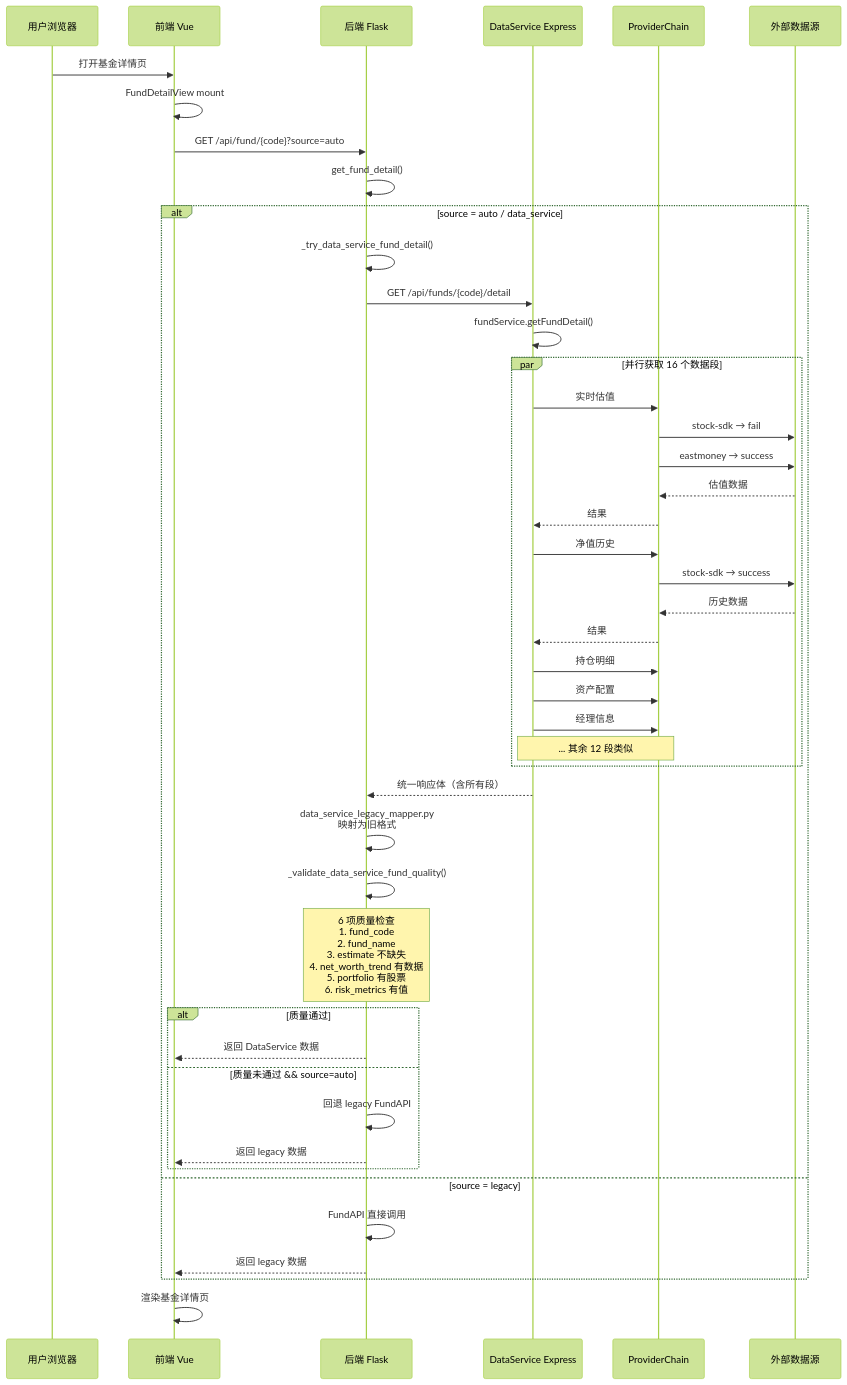
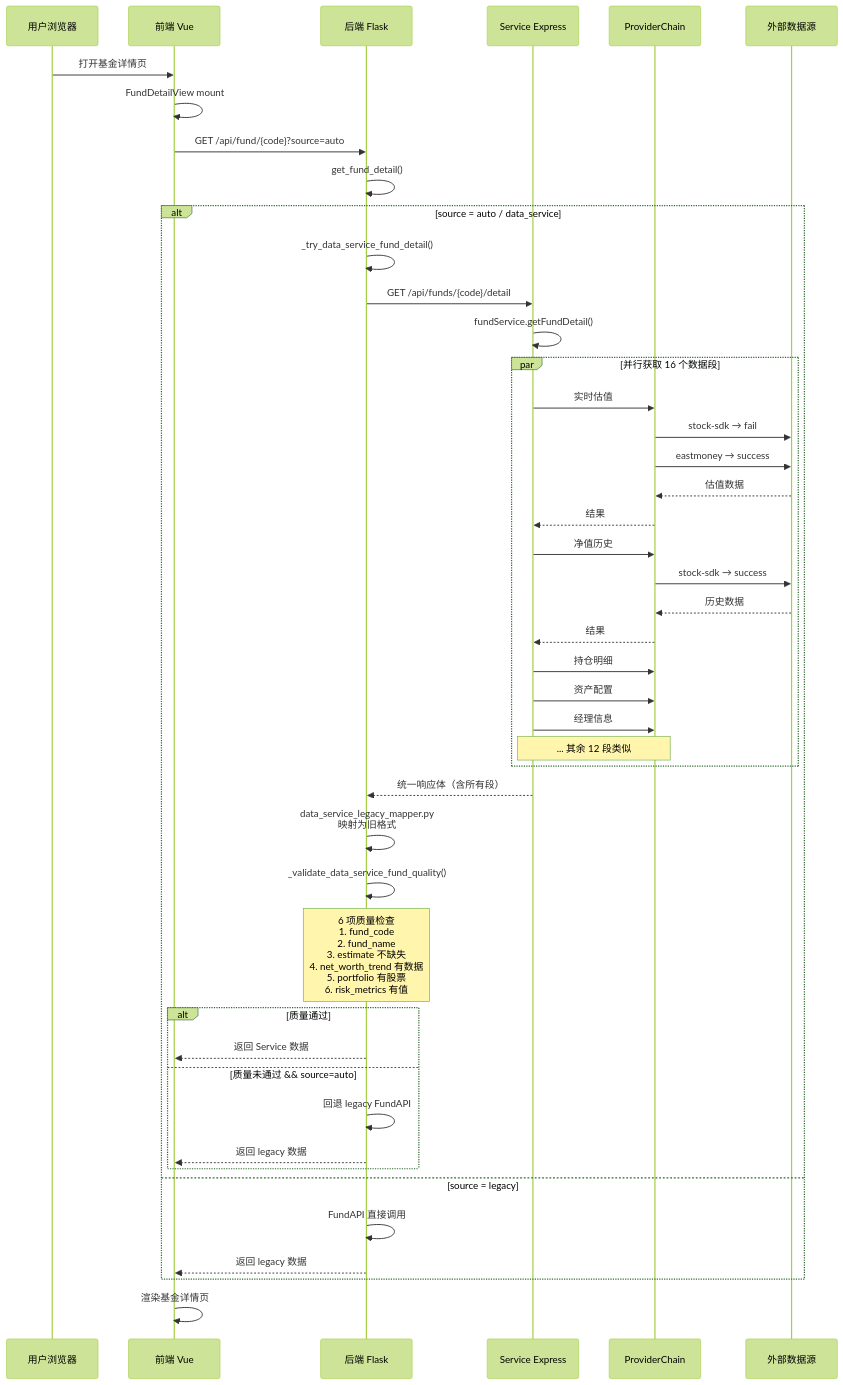
Before and after one commit to ruinb0wman/GoFundBot: diagram 14 of 17 in docs/structure.md, drawn with Mermaid (forest theme). The commit also changed other lines of this file and 268 other files, not shown here.

````diff
--- a/docs/structure.md
+++ b/docs/structure.md
@@ -470,56 +470,56 @@
 ```mermaid
 sequenceDiagram
     participant U as 用户浏览器
     participant FE as 前端 Vue
     participant BE as 后端 Flask
-    participant DS as DataService Express
+    participant DS as Service Express
     participant PC as ProviderChain
     participant EXT as 外部数据源
 
     U->>FE: 打开基金详情页
     FE->>FE: FundDetailView mount
     FE->>BE: GET /api/fund/{code}?source=auto
     BE->>BE: get_fund_detail()
 
     alt source = auto / data_service
         BE->>BE: _try_data_service_fund_detail()
         BE->>DS: GET /api/funds/{code}/detail
         DS->>DS: fundService.getFundDetail()
 
         par 并行获取 16 个数据段
             DS->>PC: 实时估值
             PC->>EXT: stock-sdk → fail
             PC->>EXT: eastmoney → success
             EXT-->>PC: 估值数据
             PC-->>DS: 结果
 
             DS->>PC: 净值历史
             PC->>EXT: stock-sdk → success
             EXT-->>PC: 历史数据
             PC-->>DS: 结果
 
             DS->>PC: 持仓明细
             DS->>PC: 资产配置
             DS->>PC: 经理信息
             Note over DS,PC: ... 其余 12 段类似
         end
 
         DS-->>BE: 统一响应体（含所有段）
         BE->>BE: data_service_legacy_mapper.py<br/>映射为旧格式
 
         BE->>BE: _validate_data_service_fund_quality()
         Note over BE: 6 项质量检查<br/>1. fund_code<br/>2. fund_name<br/>3. estimate 不缺失<br/>4. net_worth_trend 有数据<br/>5. portfolio 有股票<br/>6. risk_metrics 有值
 
         alt 质量通过
-            BE-->>FE: 返回 DataService 数据
+            BE-->>FE: 返回 Service 数据
         else 质量未通过 && source=auto
             BE->>BE: 回退 legacy FundAPI
             BE-->>FE: 返回 legacy 数据
         end
     else source = legacy
         BE->>BE: FundAPI 直接调用
         BE-->>FE: 返回 legacy 数据
     end
 
     FE->>FE: 渲染基金详情页
 ```
````
